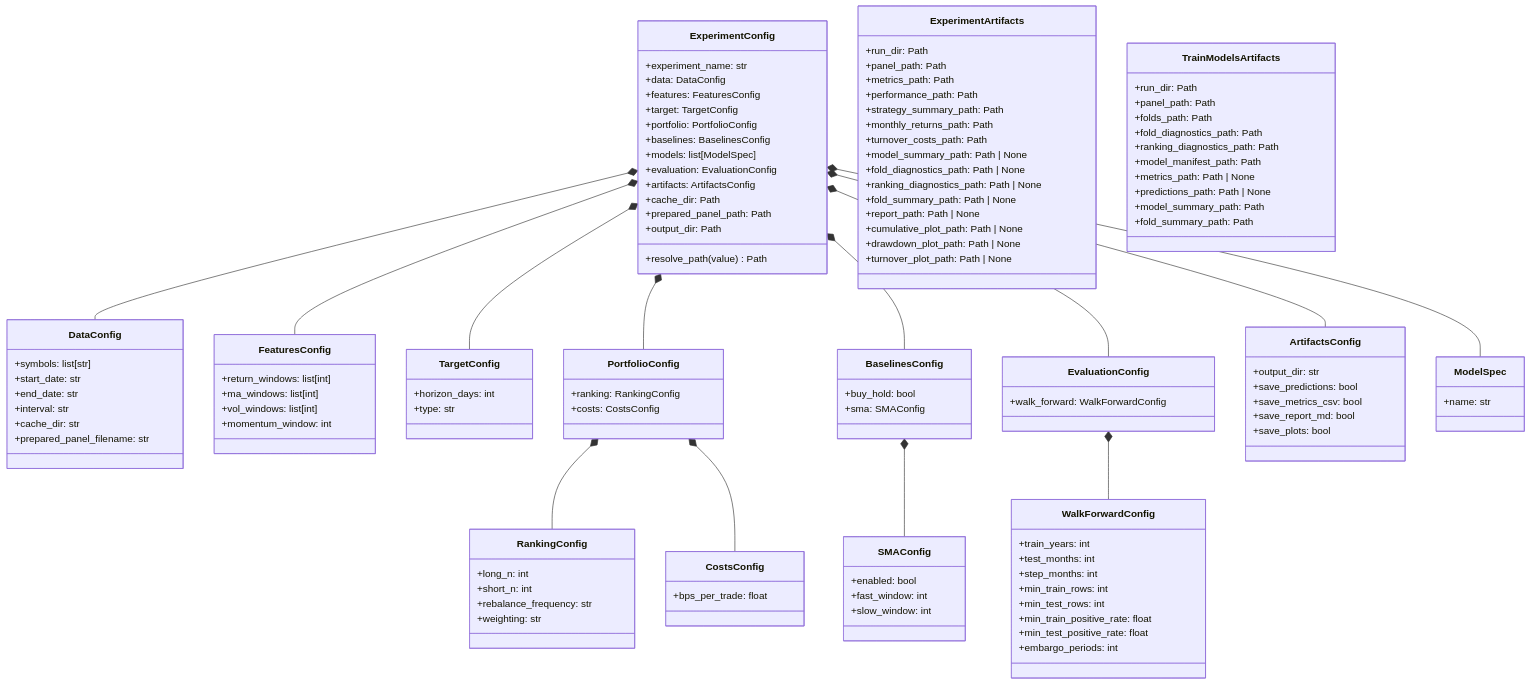
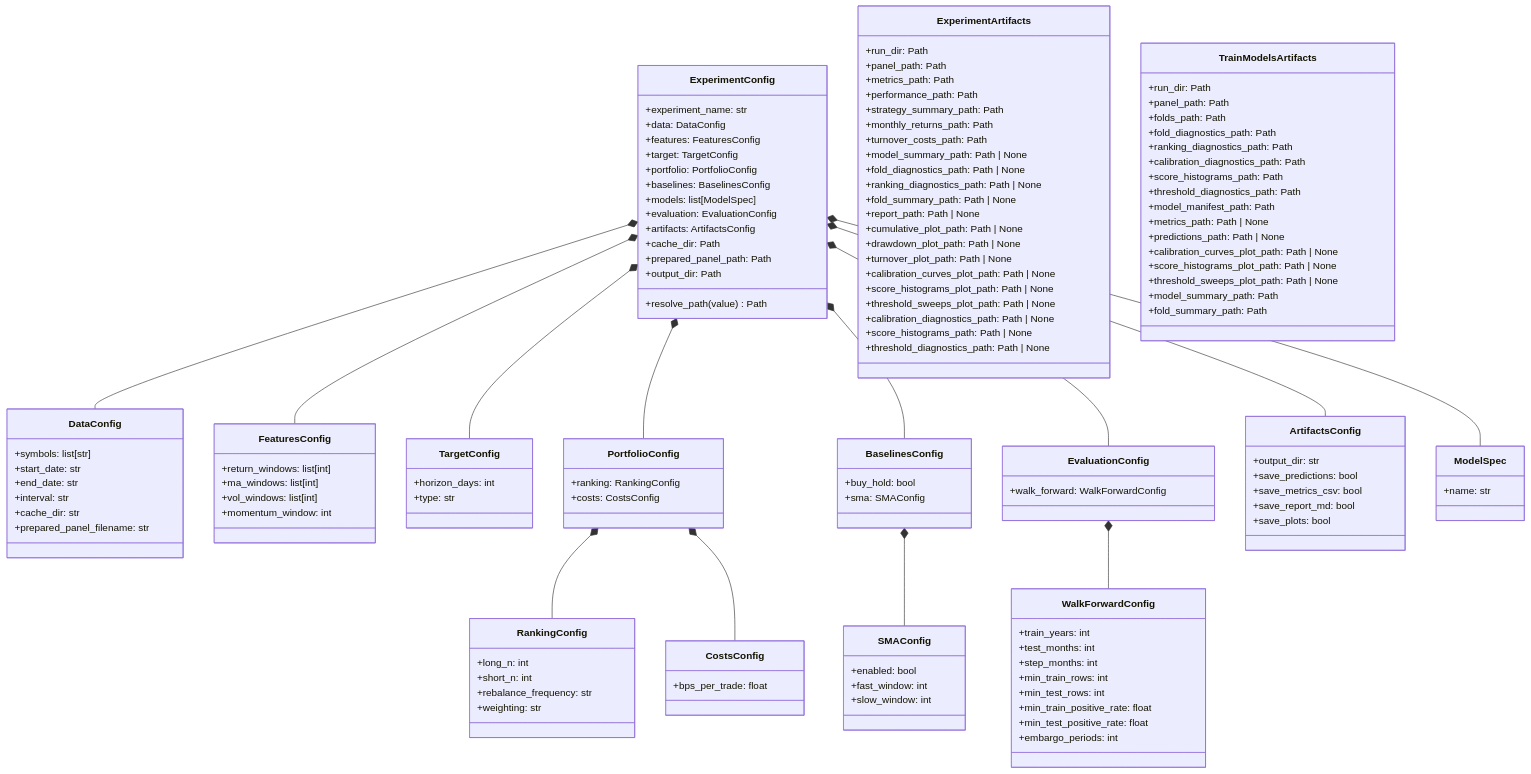
Before and after one commit to ricardogr07/market-lab: the sixth of 6 diagrams in ARCHITECTURE.md, drawn with Mermaid. The commit also changed other lines of this file and 13 other files, not shown here.

First line of the commit message:
phase-4-calibration-threshold-diagnostics

```diff
--- a/ARCHITECTURE.md
+++ b/ARCHITECTURE.md
@@ -361,6 +362,12 @@
       +cumulative_plot_path: Path | None
       +drawdown_plot_path: Path | None
       +turnover_plot_path: Path | None
+      +calibration_curves_plot_path: Path | None
+      +score_histograms_plot_path: Path | None
+      +threshold_sweeps_plot_path: Path | None
+      +calibration_diagnostics_path: Path | None
+      +score_histograms_path: Path | None
+      +threshold_diagnostics_path: Path | None
     }
 
     class TrainModelsArtifacts {
@@ -369,9 +376,15 @@
       +folds_path: Path
       +fold_diagnostics_path: Path
       +ranking_diagnostics_path: Path
+      +calibration_diagnostics_path: Path
+      +score_histograms_path: Path
+      +threshold_diagnostics_path: Path
       +model_manifest_path: Path
       +metrics_path: Path | None
       +predictions_path: Path | None
+      +calibration_curves_plot_path: Path | None
+      +score_histograms_plot_path: Path | None
+      +threshold_sweeps_plot_path: Path | None
       +model_summary_path: Path
       +fold_summary_path: Path
     }
```
